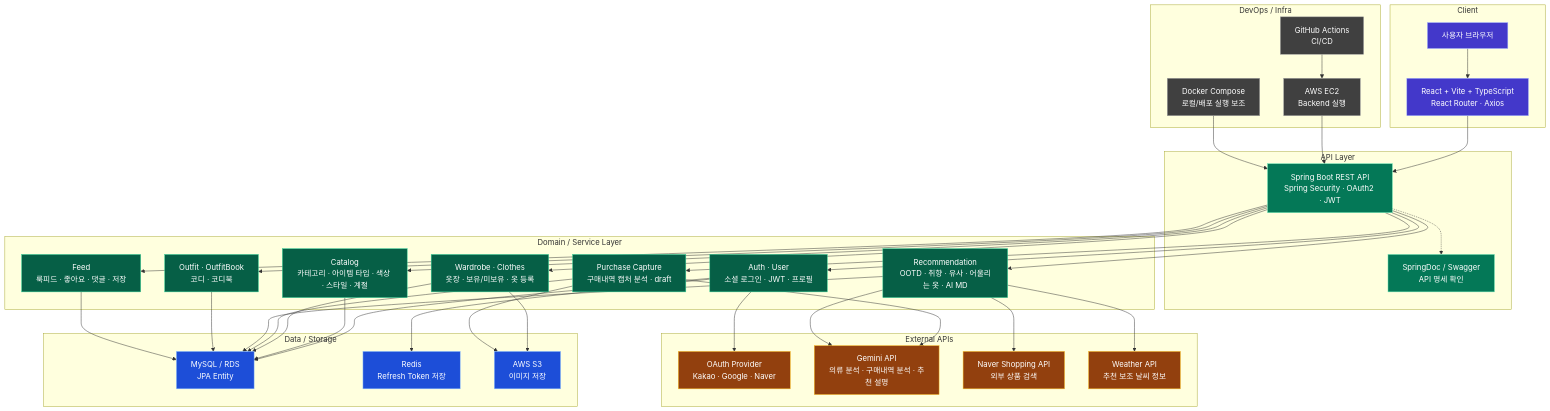
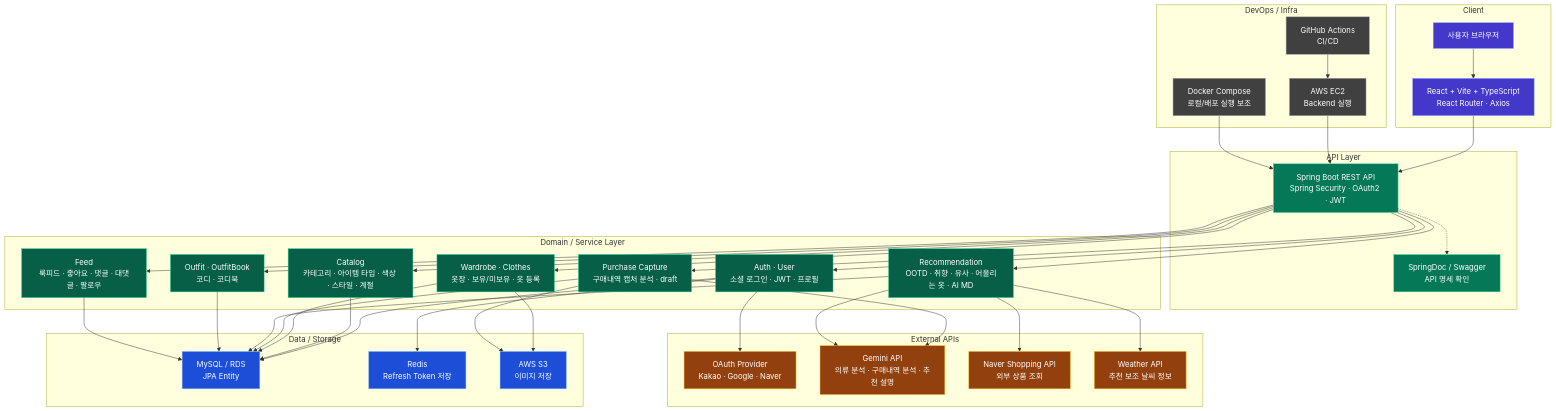
The diagram in docs/architecture/system-architecture.md (prgrms-aibe-devcourse/AIBE5_FinalProject_Team4_BE), drawn with Mermaid before and after one commit. The commit also changed other lines of this file and 14 other files, not shown here.

```diff
--- a/docs/architecture/system-architecture.md
+++ b/docs/architecture/system-architecture.md
@@ -55,7 +55,7 @@
     Purchase["Purchase Capture<br/>구매내역 캡처 분석 · draft"]
     Reco["Recommendation<br/>OOTD · 취향 · 유사 · 어울리는 옷 · AI MD"]
     Outfit["Outfit · OutfitBook<br/>코디 · 코디북"]
-    Feed["Feed<br/>룩피드 · 좋아요 · 댓글 · 저장"]
+    Feed["Feed<br/>룩피드 · 좋아요 · 댓글 · 대댓글 · 팔로우"]
   end
 
   subgraph DataLayer["Data / Storage"]
@@ -67,7 +67,7 @@
   subgraph ExternalApis["External APIs"]
     OAuth["OAuth Provider<br/>Kakao · Google · Naver"]
     Gemini["Gemini API<br/>의류 분석 · 구매내역 분석 · 추천 설명"]
-    Naver["Naver Shopping API<br/>외부 상품 검색"]
+    Naver["Naver Shopping API<br/>외부 상품 조회"]
     Weather["Weather API<br/>추천 보조 날씨 정보"]
   end
 
```
